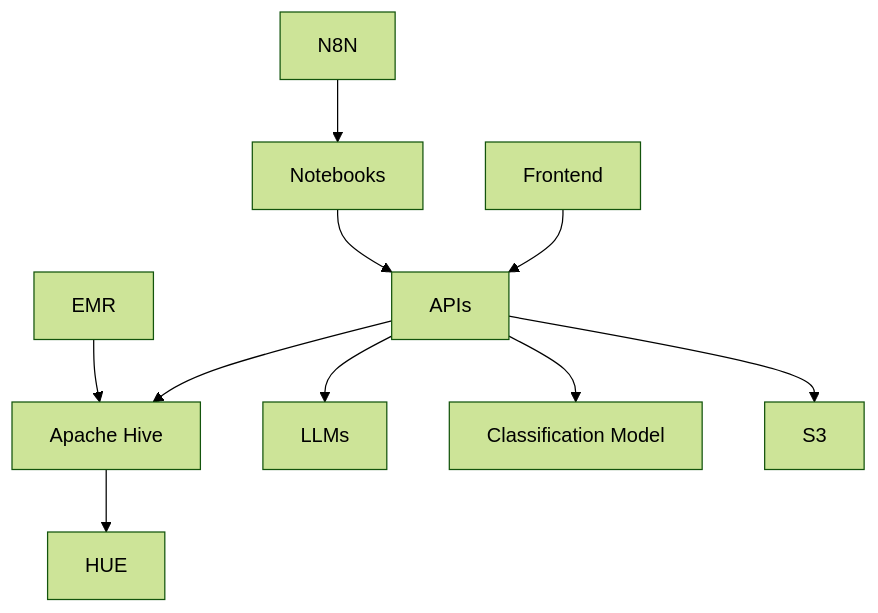
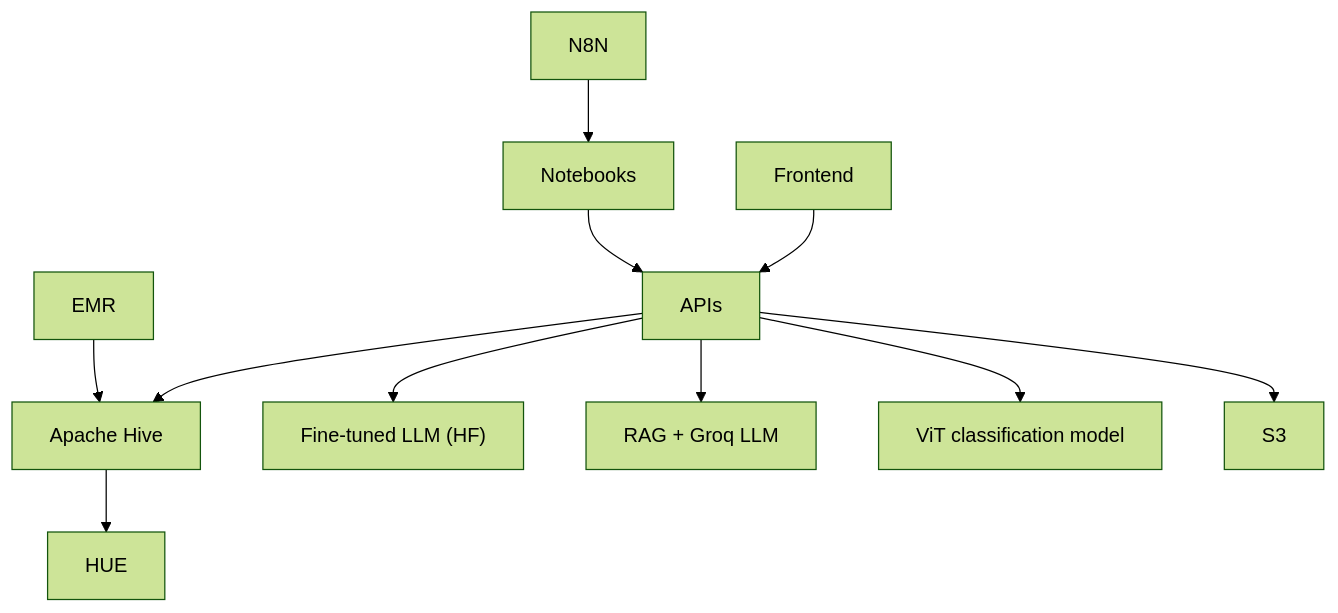
One commit to Gaia-IZV/Gaia changed the diagram in README.md. Above: the diagram before and after it, drawn with Mermaid (forest theme). The commit also changed other lines of this file and 10 other files, not shown here.

````diff
--- a/README.md
+++ b/README.md
@@ -11,16 +12,17 @@
 ```mermaid
 graph TD;
 
     EMR --> HIVE["Apache Hive"]
     HIVE --> HUE
 
     N8N --> NOTEBOOKS["Notebooks"]
     NOTEBOOKS --> APIS["APIs"]
 
     APIS --> HIVE
-    APIS --> LLMS["LLMs"]
-    APIS --> CLASSIFICATION_MODEL["Classification Model"]
+    APIS --> LLM_FT["Fine-tuned LLM (HF)"]
+    APIS --> LLM_RAG["RAG + Groq LLM"]
+    APIS --> CLASSIFICATION["ViT classification model"]
     APIS --> S3
 
     FRONTEND["Frontend"] --> APIS
 ```
````
